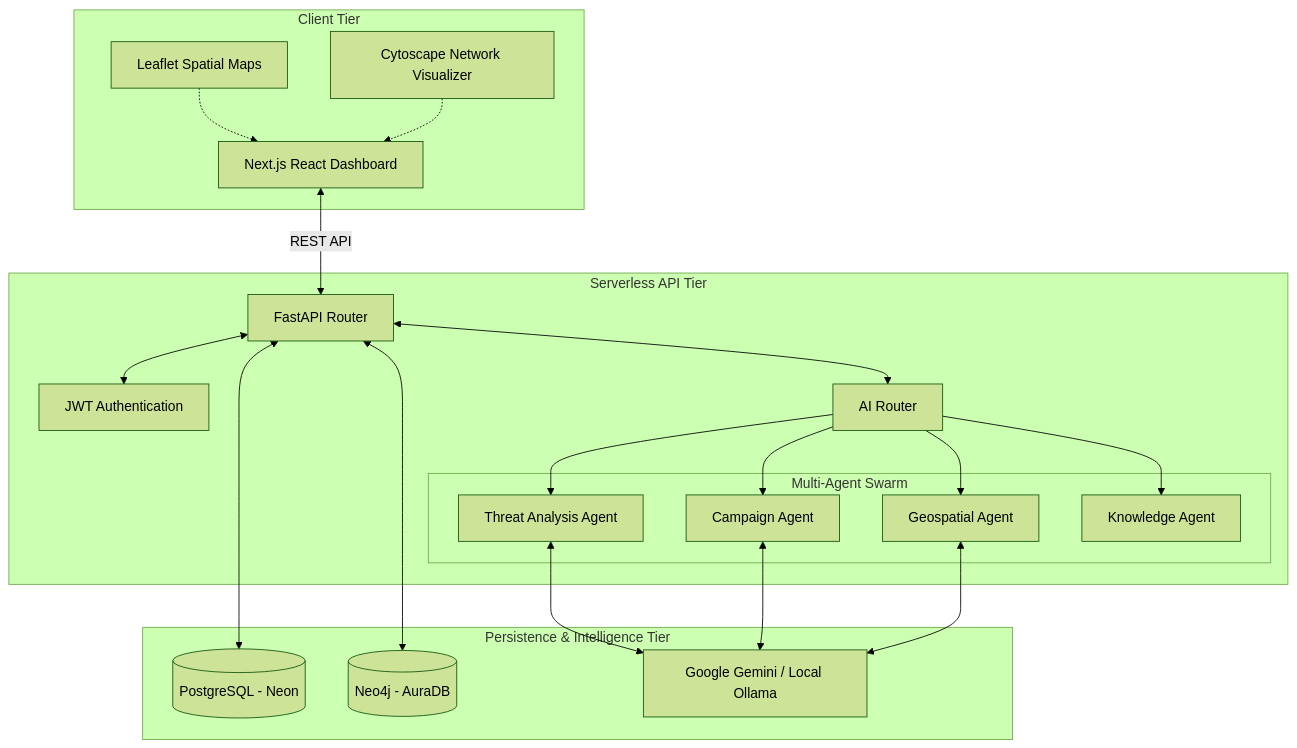
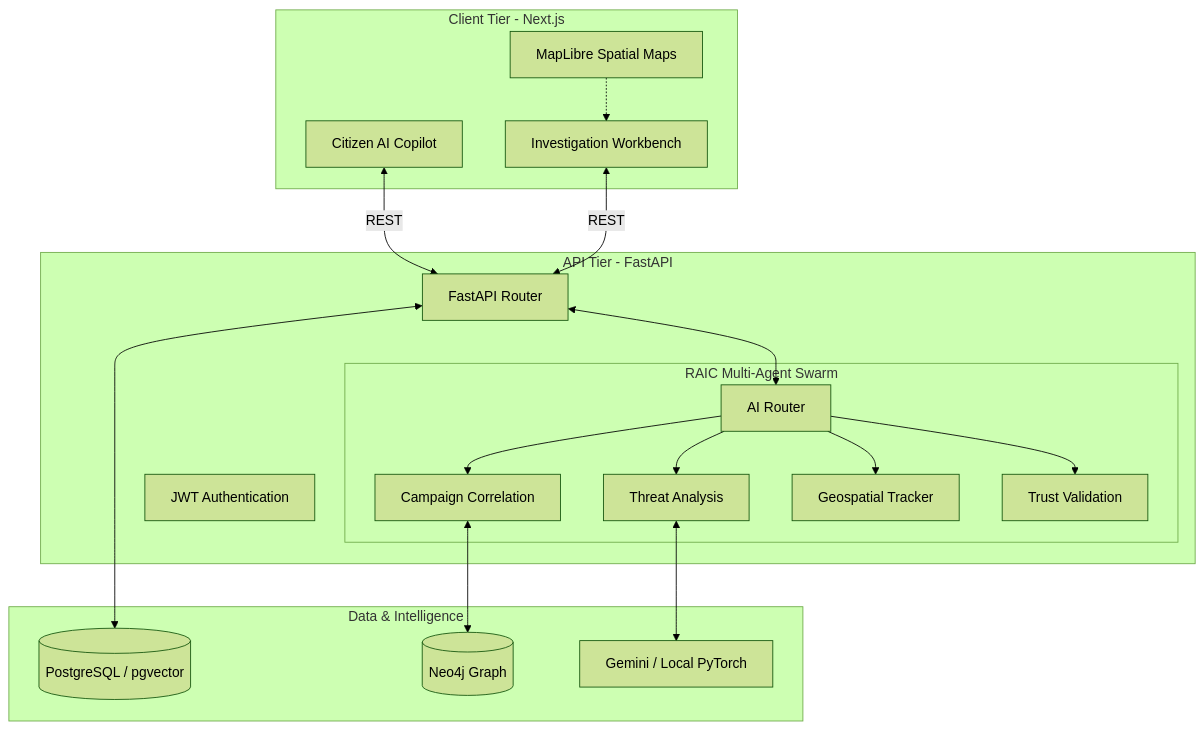
The diagram in README.md (beastspirit2005/Digital-Rakshak), drawn with Mermaid (forest theme) before and after one commit. The commit also changed other lines of this file, not shown here.

````diff
--- a/README.md
+++ b/README.md
@@ -11,46 +38,38 @@
 ```mermaid
 graph TD
-    subgraph Frontend [Client Tier]
-        UI[Next.js React Dashboard]
-        Map[Leaflet Spatial Maps]
-        GraphVis[Cytoscape Network Visualizer]
+    subgraph Frontend [Client Tier - Next.js]
+        Copilot[Citizen AI Copilot]
+        Map[MapLibre Spatial Maps]
+        Dashboard[Investigation Workbench]
     end
 
-    subgraph Backend [Serverless API Tier]
+    subgraph Backend [API Tier - FastAPI]
         API[FastAPI Router]
         Auth[JWT Authentication]
-        AgentRouter[AI Router]
         
-        subgraph Agents [Multi-Agent Swarm]
-            TA[Threat Analysis Agent]
-            CA[Campaign Agent]
-            Geo[Geospatial Agent]
-            KA[Knowledge Agent]
+        subgraph Agents [RAIC Multi-Agent Swarm]
+            Router[AI Router]
+            TA[Threat Analysis]
+            CA[Campaign Correlation]
+            Geo[Geospatial Tracker]
+            TV[Trust Validation]
+            Router --> TA & CA & Geo & TV
         end
     end
 
-    subgraph Data [Persistence & Intelligence Tier]
-        PG[(PostgreSQL - Neon)]
-        Neo[(Neo4j - AuraDB)]
-        LLM[Google Gemini / Local Ollama]
+    subgraph Persistence [Data & Intelligence]
+        PG[(PostgreSQL / pgvector)]
+        Neo[(Neo4j Graph)]
+        LLM[Gemini / Local PyTorch]
     end
 
-    %% Connections
-    UI <-->|REST API| API
-    Map -.-> UI
-    GraphVis -.-> UI
+    Copilot <-->|REST| API
+    Dashboard <-->|REST| API
+    Map -.-> Dashboard
 
-    API <--> Auth
-    API <--> AgentRouter
-    AgentRouter --> TA
-    AgentRouter --> CA
-    AgentRouter --> Geo
-    AgentRouter --> KA
-
+    API <--> Router
     TA <--> LLM
-    CA <--> LLM
-    Geo <--> LLM
-
+    CA <--> Neo
+    
     API <--> PG
-    API <--> Neo
 ```
````
